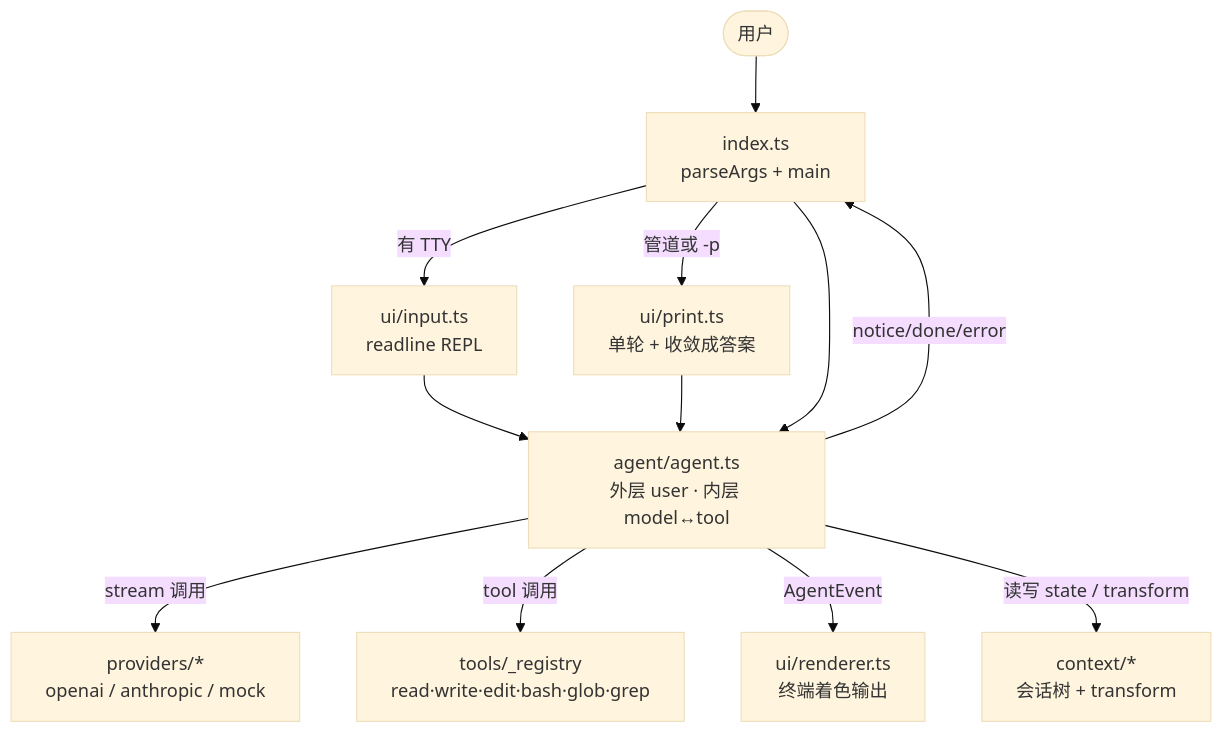
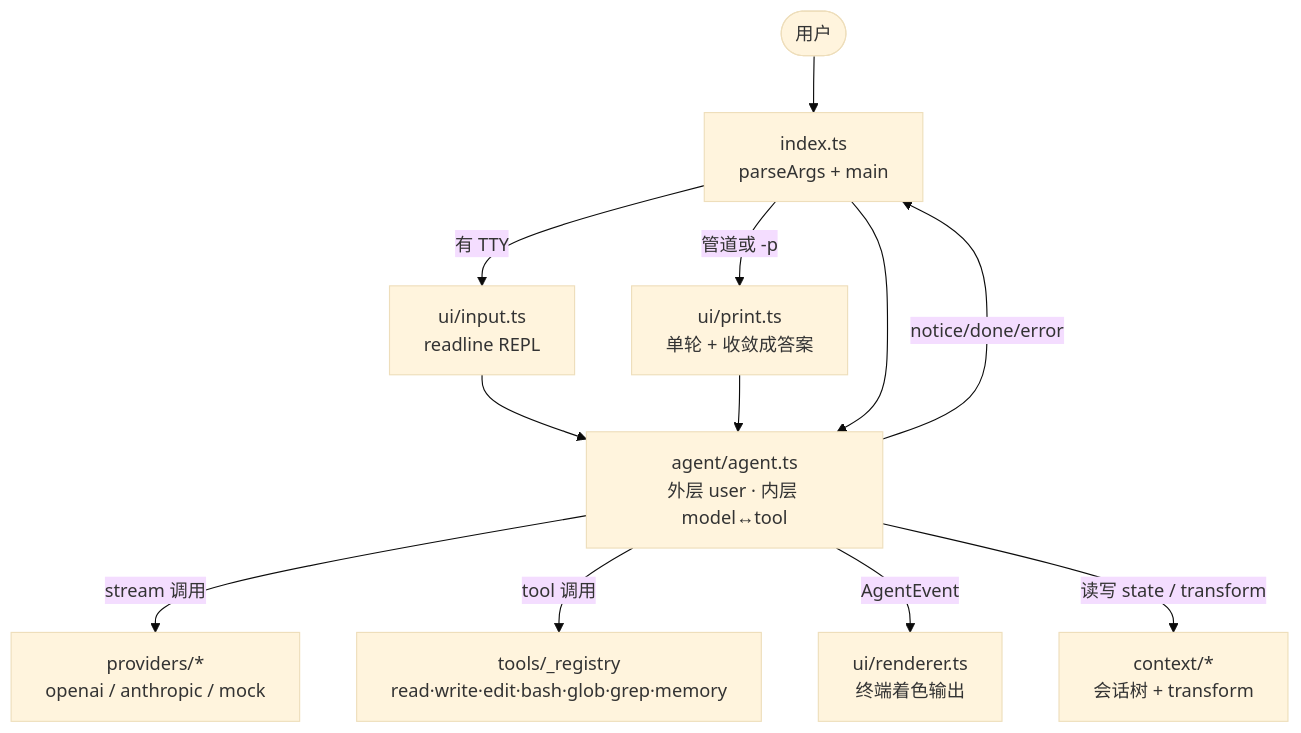
One commit to GeKaixing/Control-Agent changed the diagram in src/doc/README.md. Above: the diagram before and after it, drawn with Mermaid (base theme). The commit also changed other lines of this file and 117 other files, not shown here.

````diff
--- a/src/doc/README.md
+++ b/src/doc/README.md
@@ -24,14 +24,14 @@
 ```mermaid
 graph TD
   User([用户]) --> Index[index.ts<br/>parseArgs + main]
   Index -->|有 TTY| Input[ui/input.ts<br/>readline REPL]
   Index -->|管道或 -p| Print[ui/print.ts<br/>单轮 + 收敛成答案]
   Input --> Agent
   Print --> Agent
   Index --> Agent[agent/agent.ts<br/>外层 user · 内层 model↔tool]
   Agent -->|stream 调用| Providers[providers/*<br/>openai / anthropic / mock]
-  Agent -->|tool 调用| Tools[tools/_registry<br/>read·write·edit·bash·glob·grep]
+  Agent -->|tool 调用| Tools[tools/_registry<br/>read·write·edit·bash·glob·grep·memory]
   Agent -->|AgentEvent| Renderer[ui/renderer.ts<br/>终端着色输出]
   Agent -->|notice/done/error| Index
   Agent -->|读写 state / transform| Context[context/*<br/>会话树 + transform]
 ```
````
